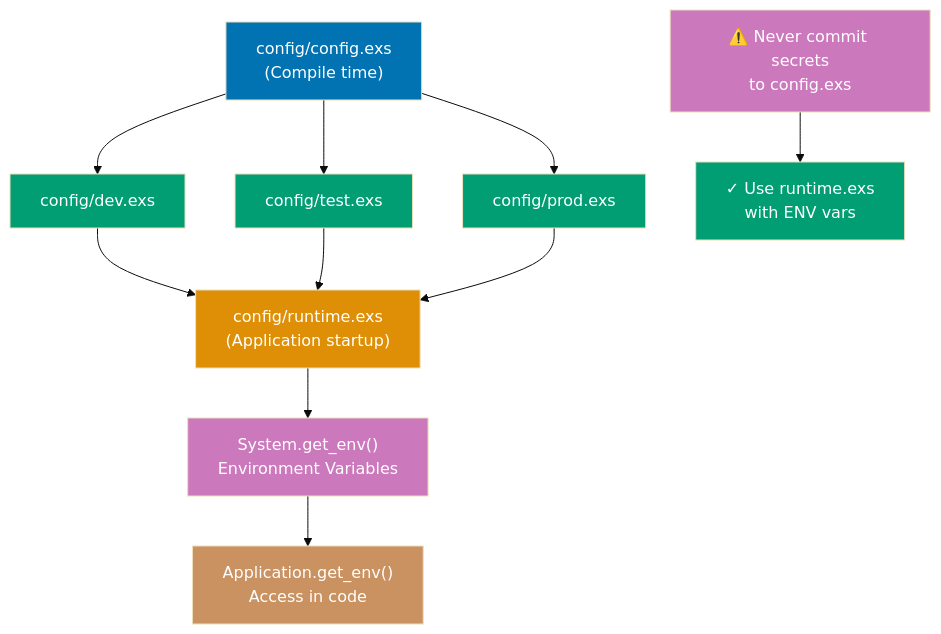
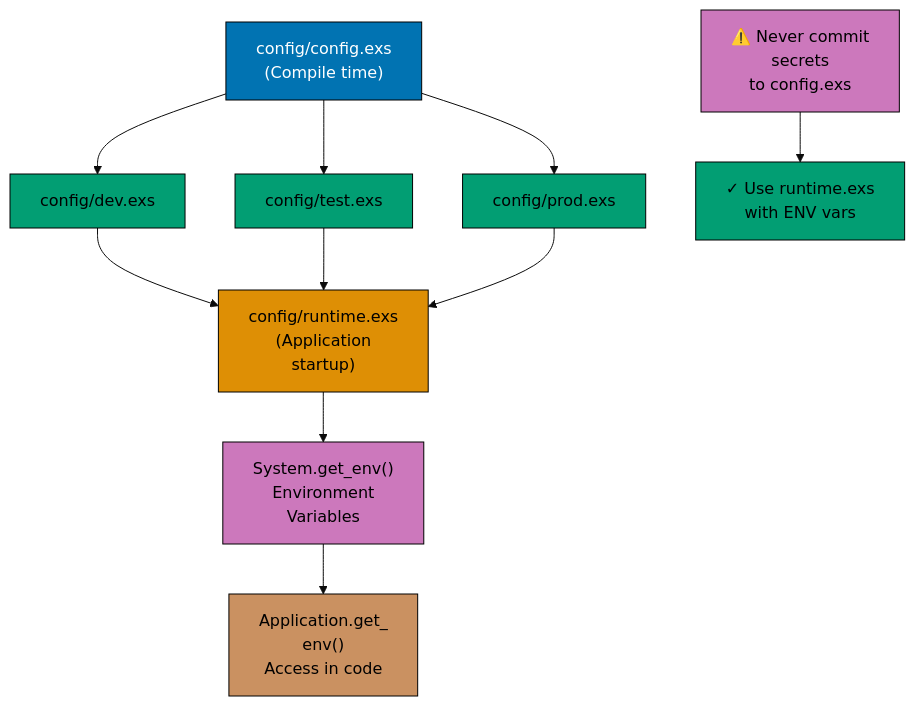
Diagram 13 of 24 in apps/ayokoding-www/content/en/learn/legacy/software-engineering/programming-languages/elixir/by-example/advanced.md (wahidyankf/ose-public), drawn with Mermaid (base theme) before and after one commit. The commit also changed other lines of this file and 112 other files, not shown here.

First line of the commit message:
fix(mermaid): bring the legacy programming-languages diagrams onto the accessible palette

````diff
--- a/apps/ayokoding-www/content/en/learn/legacy/software-engineering/programming-languages/elixir/by-example/advanced.md
+++ b/apps/ayokoding-www/content/en/learn/legacy/software-engineering/programming-languages/elixir/by-example/advanced.md
@@ -1954,26 +2034,34 @@
 ```mermaid
 %% Color Palette: Blue #0173B2, Orange #DE8F05, Teal #029E73, Purple #CC78BC, Brown #CA9161
 graph TD
+    accTitle: Example 70: Application Configuration
+    accDescr: Graph with 9 nodes and 9 connections. Nodes: config/config.exs (Compile time), config/dev.exs, config/test.exs, config/prod.exs, config/runtime.exs (Application startup), System.get_env() Environment Variables, Application.get_ env() Access in code, ⚠️ Never commit secrets to config.exs, ✓ Use runtime.exs with ENV vars. Connections: config/config.exs (Compile time) to config/dev.exs, config/config.exs (Compile time) to config/test.exs, config/config.exs (Compile time) to config/prod.exs, config/dev.exs to config/runtime.exs (Application startup), config/test.exs to config/runtime.exs (Application startup), config/prod.exs to config/runtime.exs (Application startup), config/runtime.exs (Application startup) to System.get_env() Environment Variables, System.get_env() Environment Variables to Application.get_ env() Access in code, ⚠️ Never commit secrets to config.exs to ✓ Use runtime.exs with ENV vars.
     ConfigBase["config/config.exs<br/>(Compile time)"] --> Dev["config/dev.exs"]
     ConfigBase --> Test["config/test.exs"]
     ConfigBase --> Prod["config/prod.exs"]
 
-    Dev --> Runtime["config/runtime.exs<br/>(Application startup)"]
+    Dev --> Runtime["config/runtime.exs<br/>(Application<br/>startup)"]
     Test --> Runtime
     Prod --> Runtime
 
-    Runtime --> ENV["System.get_env()<br/>Environment Variables"]
-    ENV --> App["Application.get_env()<br/>Access in code"]
+    Runtime --> ENV["System.get_env()<br/>Environment<br/>Variables"]
+    ENV --> App["Application.get_<br/>env()<br/>Access in code"]
 
-    Warning["⚠️ Never commit secrets<br/>to config.exs"] --> UseRuntime["✓ Use runtime.exs<br/>with ENV vars"]
+    Warning["⚠️ Never commit<br/>secrets<br/>to config.exs"] --> UseRuntime["✓ Use runtime.exs<br/>with ENV vars"]
 
-    style ConfigBase fill:#0173B2,color:#fff
-    style Dev fill:#029E73,color:#fff
-    style Test fill:#029E73,color:#fff
-    style Prod fill:#029E73,color:#fff
-    style Runtime fill:#DE8F05,color:#fff
-    style ENV fill:#CC78BC,color:#fff
-    style App fill:#CA9161,color:#fff
-    style Warning fill:#CC78BC,color:#fff
-    style UseRuntime fill:#029E73,color:#fff
+    classDef pal-0173B2 fill:#0173B2,stroke:#000000,color:#FFFFFF
+    class ConfigBase pal-0173B2
+    classDef pal-029E73 fill:#029E73,stroke:#000000,color:#000000
+    class Dev pal-029E73
+    class Test pal-029E73
+    class Prod pal-029E73
+    classDef pal-DE8F05 fill:#DE8F05,stroke:#000000,color:#000000
+    class Runtime pal-DE8F05
+    classDef pal-CC78BC fill:#CC78BC,stroke:#000000,color:#000000
+    class ENV pal-CC78BC
+    classDef pal-CA9161 fill:#CA9161,stroke:#000000,color:#000000
+    class App pal-CA9161
+    class Warning pal-CC78BC
+    class UseRuntime pal-029E73
+    classDef default fill:#FFFFFF,stroke:#000000,color:#000000
 ```
````
